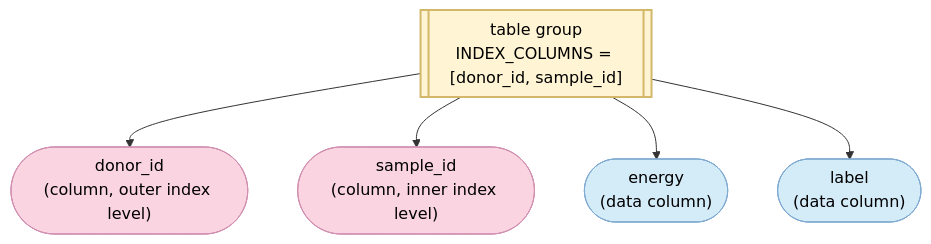
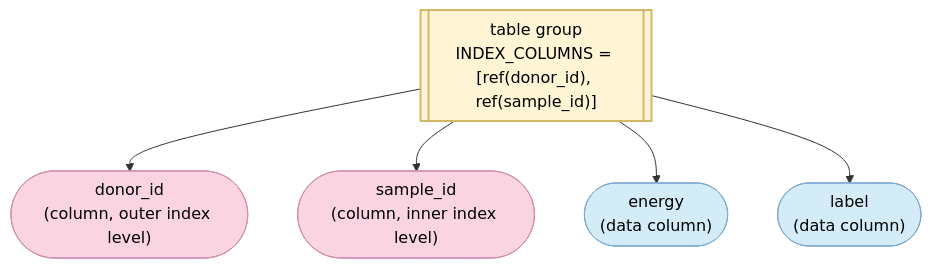
The fifth of 7 diagrams in HEP001/index.md (HDFAlliance/heps), drawn with Mermaid before and after one commit. The commit also changed other lines of this file, not shown here.

Commit message:
Make INDEX_COLUMNS an array of obj refs

````diff
--- a/HEP001/index.md
+++ b/HEP001/index.md
@@ -800,16 +801,16 @@
 ```{mermaid}
 graph TD
-  TG[["table group<br/>INDEX_COLUMNS = [donor_id, sample_id]"]]
+  TG[["table group<br/>INDEX_COLUMNS = [ref(donor_id), ref(sample_id)]"]]
   TG --> c1(["donor_id<br/>(column, outer index level)"])
   TG --> c2(["sample_id<br/>(column, inner index level)"])
   TG --> c3(["energy<br/>(data column)"])
   TG --> c4(["label<br/>(data column)"])
 
   classDef tableGroup fill:#FFF4D4,stroke:#D4B86A,stroke-width:2px,color:#000
   classDef dataCol    fill:#D4EBF8,stroke:#7FA9D0,stroke-width:1px,color:#000
   classDef indexCol   fill:#FAD4E1,stroke:#D08FB0,stroke-width:1px,color:#000
 
   class TG tableGroup
   class c1,c2 indexCol
   class c3,c4 dataCol
 ```
````
